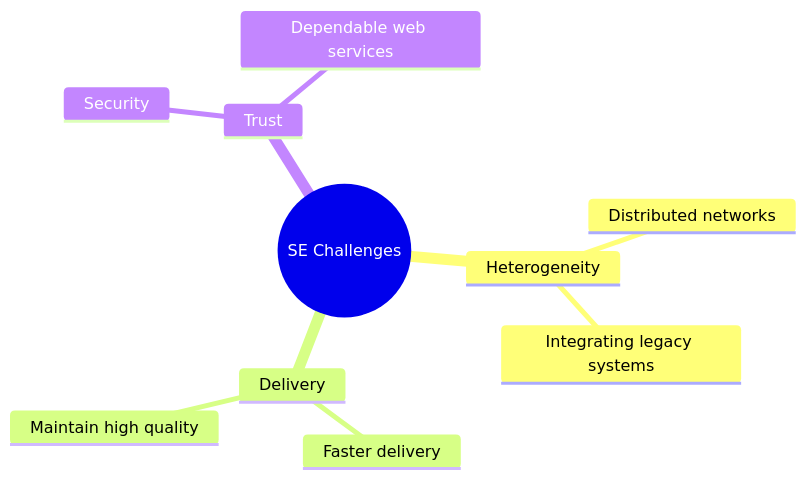
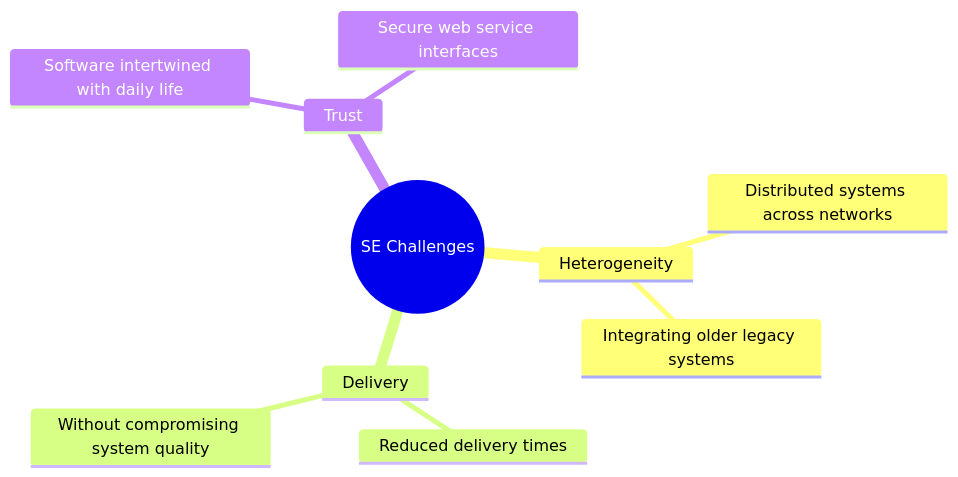
The second of 4 diagrams in 02_DU_IIT/01_CLASS/SE 1106 - Software Engineering/SE 1106 COMPACT AI.md (Kazi-Tanvir/Obsidian-Notes), drawn with Mermaid before and after one commit. The commit also changed other lines of this file and 2 other files, not shown here.

````diff
--- a/02_DU_IIT/01_CLASS/SE 1106 - Software Engineering/SE 1106 COMPACT AI.md
+++ b/02_DU_IIT/01_CLASS/SE 1106 - Software Engineering/SE 1106 COMPACT AI.md
@@ -69,13 +53,13 @@
 ```mermaid
 mindmap
   root((SE Challenges))
     Heterogeneity
-      Distributed networks
-      Integrating legacy systems
+      Distributed systems across networks
+      Integrating older legacy systems
     Delivery
-      Faster delivery
-      Maintain high quality
+      Reduced delivery times
+      Without compromising system quality
     Trust
-      Security
-      Dependable web services
+      Software intertwined with daily life
+      Secure web service interfaces
 ```
````
